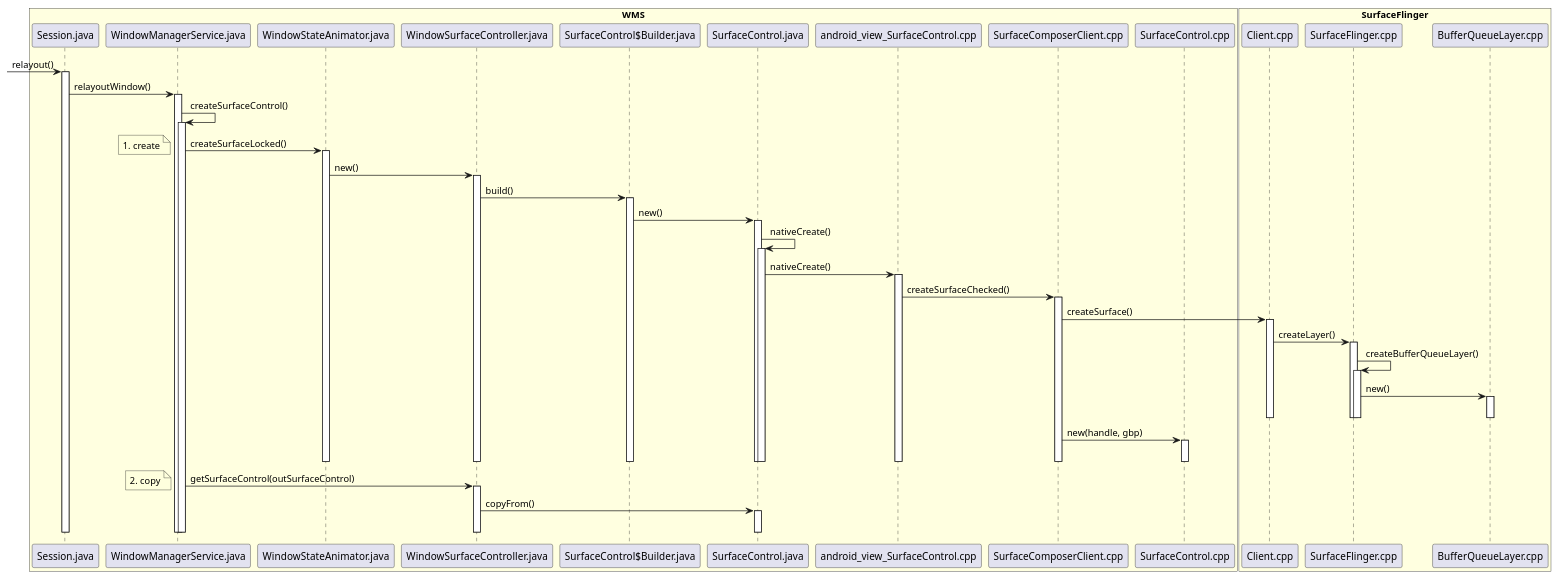
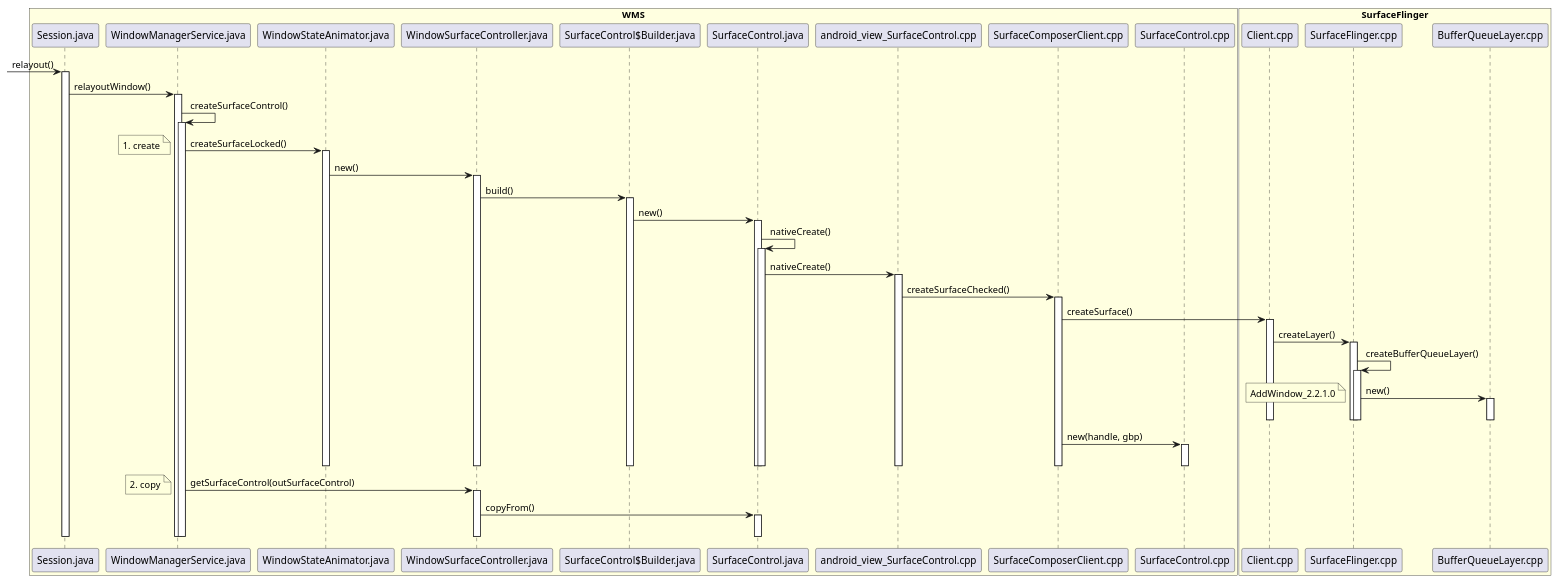
One commit to javalive09/UML changed the diagram in android11/addwindow/AddWindow_2.2.0.0.puml. Above: the diagram before and after it, drawn with PlantUML. The commit also changed 24 other files, not shown here.

Commit message:
update uml

```diff
--- a/android11/addwindow/AddWindow_2.2.0.0.puml
+++ b/android11/addwindow/AddWindow_2.2.0.0.puml
@@ -1,78 +1,80 @@
 @startuml
 
 box "WMS" #LightYellow
 participant Session.java
 participant WindowManagerService.java
 participant WindowStateAnimator.java
 participant WindowSurfaceController.java
 participant "SurfaceControl$Builder.java"
 participant SurfaceControl.java
 participant android_view_SurfaceControl.cpp
 participant SurfaceComposerClient.cpp
 participant SurfaceControl.cpp
 participant SurfaceControl.cpp
 end box
 
 box "SurfaceFlinger" #LightYellow
 participant Client.cpp
 participant SurfaceFlinger.cpp
 participant BufferQueueLayer.cpp
 end box
 
 ->  Session.java : relayout()
 activate Session.java
 Session.java -> WindowManagerService.java: relayoutWindow()
 activate WindowManagerService.java
 WindowManagerService.java -> WindowManagerService.java: createSurfaceControl()
 activate WindowManagerService.java
 WindowManagerService.java -> WindowStateAnimator.java: createSurfaceLocked()
 activate WindowStateAnimator.java
 note left: 1. create
 WindowStateAnimator.java -> WindowSurfaceController.java: new()
 activate WindowSurfaceController.java
 WindowSurfaceController.java -> "SurfaceControl$Builder.java": build()
 activate "SurfaceControl$Builder.java"
 "SurfaceControl$Builder.java" -> SurfaceControl.java: new()
 activate SurfaceControl.java
 SurfaceControl.java -> SurfaceControl.java: nativeCreate()
 activate SurfaceControl.java
 SurfaceControl.java -> android_view_SurfaceControl.cpp: nativeCreate()
 activate android_view_SurfaceControl.cpp
 android_view_SurfaceControl.cpp -> SurfaceComposerClient.cpp: createSurfaceChecked()
 activate SurfaceComposerClient.cpp
 SurfaceComposerClient.cpp -> Client.cpp: createSurface()
 activate Client.cpp
 Client.cpp -> SurfaceFlinger.cpp: createLayer()
 activate SurfaceFlinger.cpp
 SurfaceFlinger.cpp -> SurfaceFlinger.cpp: createBufferQueueLayer()
 activate SurfaceFlinger.cpp
 SurfaceFlinger.cpp -> BufferQueueLayer.cpp: new()
+note left:AddWindow_2.2.1.0
+
 activate BufferQueueLayer.cpp
 deactivate BufferQueueLayer.cpp
 deactivate SurfaceFlinger.cpp
 deactivate SurfaceFlinger.cpp
 deactivate Client.cpp
 deactivate Client.cpp
 SurfaceComposerClient.cpp -> SurfaceControl.cpp: new(handle, gbp)
 activate SurfaceControl.cpp
 deactivate SurfaceControl.cpp
 deactivate SurfaceComposerClient.cpp
 deactivate android_view_SurfaceControl.cpp
 deactivate SurfaceControl.java
 deactivate SurfaceControl.java
 deactivate "SurfaceControl$Builder.java"
 deactivate WindowSurfaceController.java
 deactivate WindowStateAnimator.java
 
 WindowManagerService.java -> WindowSurfaceController.java:getSurfaceControl(outSurfaceControl)
 activate WindowSurfaceController.java
 note left: 2. copy
 WindowSurfaceController.java -> SurfaceControl.java:copyFrom()
 activate SurfaceControl.java
 deactivate SurfaceControl.java
 deactivate WindowSurfaceController.java
 deactivate WindowManagerService.java
 deactivate WindowManagerService.java
 deactivate Session.java
 
 @enduml
```
